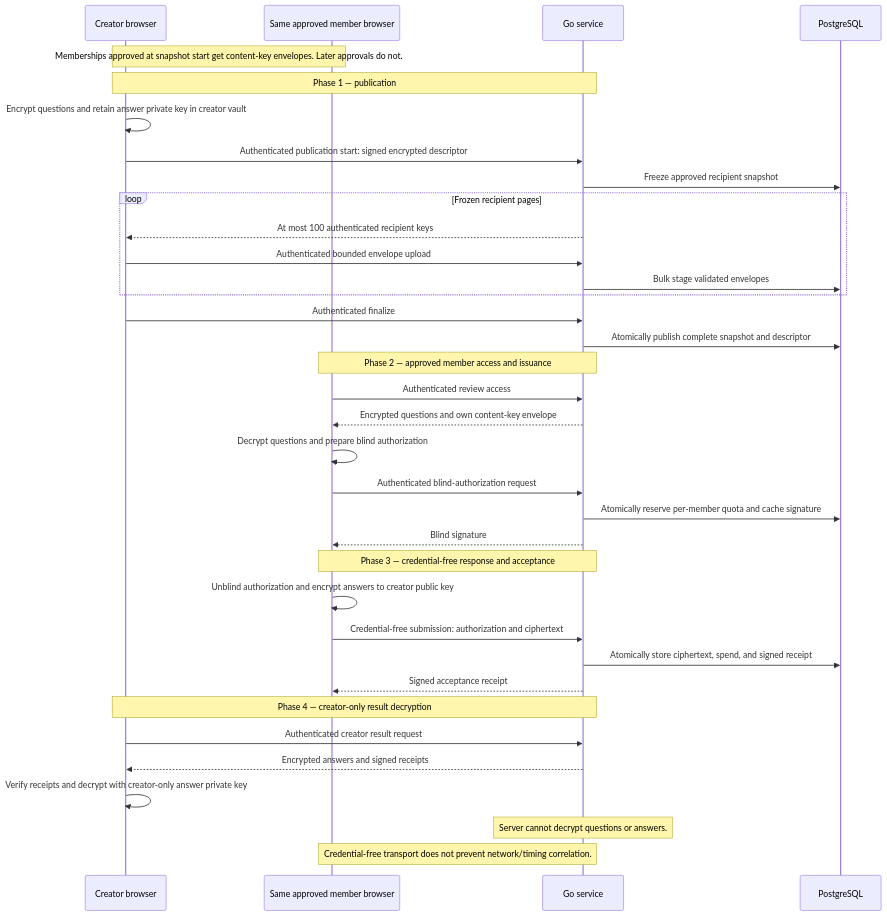
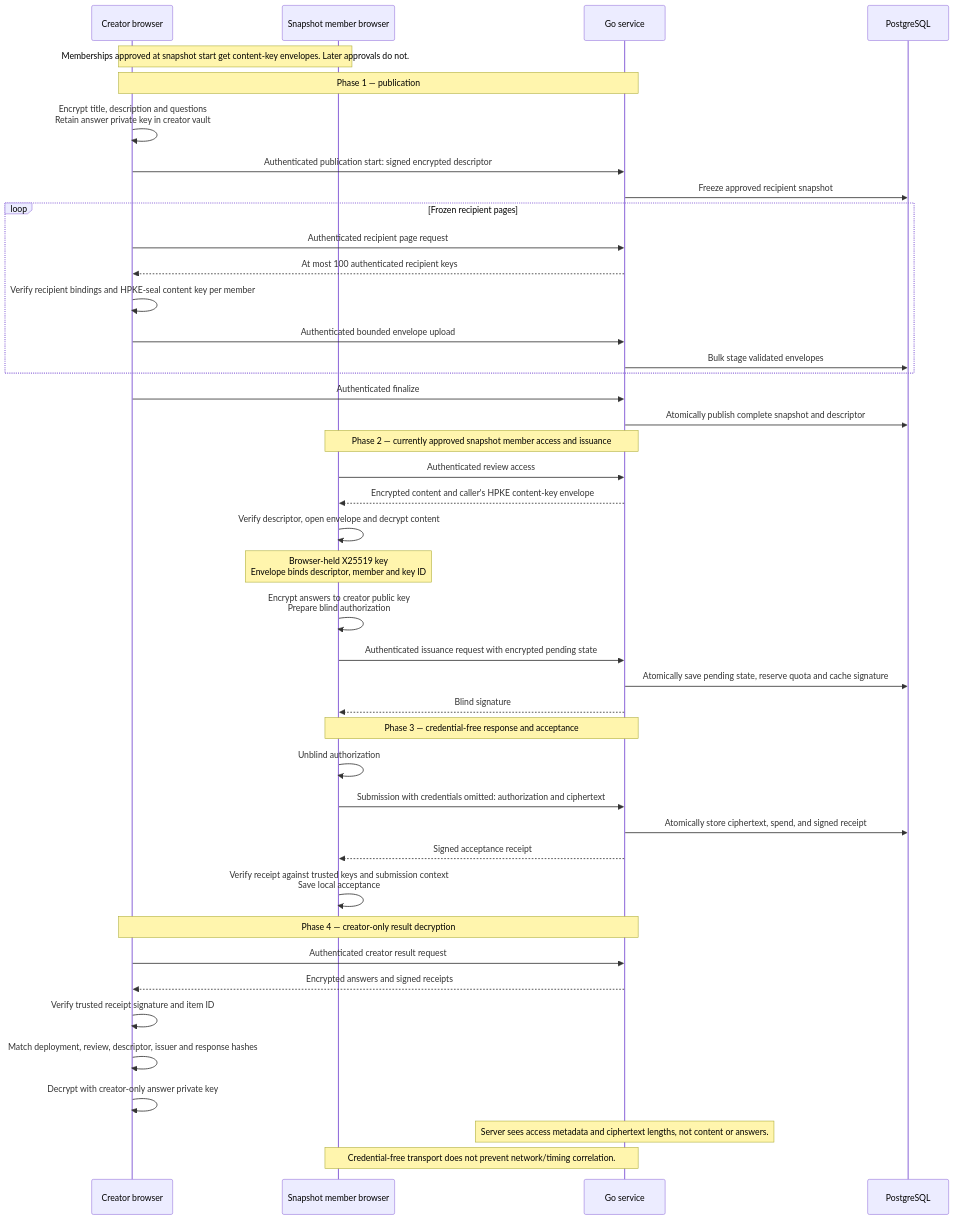
One commit to mandipnotroot/anonce-platform changed the diagram in docs/architecture.md. Above: the diagram before and after it, drawn with Mermaid. The commit also changed other lines of this file and 6 other files, not shown here.

Commit message:
docs: remove stale guidance and update architecture diagrams

````diff
--- a/docs/architecture.md
+++ b/docs/architecture.md
@@ -17,39 +17,46 @@
 ```mermaid
 sequenceDiagram
 accTitle: Review publication and response flow
-accDescr: Creator publishes encrypted questions and member key envelopes. An approved member uses one browser for content access, authenticated blind issuance, and credential-free encrypted submission. Only creator decrypts answers.
+accDescr: Creator publishes encrypted review content and member HPKE key envelopes. A snapshot member verifies and decrypts content, encrypts answers, obtains a blind authorization through authenticated issuance, then submits without credentials. Browsers verify context-bound receipts before recording acceptance or decrypting results.
     participant C as Creator browser
-    participant M as Same approved member browser
+    participant M as Snapshot member browser
     participant S as Go service
     participant D as PostgreSQL
     Note over C,M: Memberships approved at snapshot start get content-key envelopes. Later approvals do not.
     Note over C,S: Phase 1 — publication
-        C->>C: Encrypt questions and retain answer private key in creator vault
+        C->>C: Encrypt title, description and questions<br/>Retain answer private key in creator vault
         C->>S: Authenticated publication start: signed encrypted descriptor
         S->>D: Freeze approved recipient snapshot
         loop Frozen recipient pages
+            C->>S: Authenticated recipient page request
             S-->>C: At most 100 authenticated recipient keys
+            C->>C: Verify recipient bindings and HPKE-seal content key per member
             C->>S: Authenticated bounded envelope upload
             S->>D: Bulk stage validated envelopes
         end
         C->>S: Authenticated finalize
         S->>D: Atomically publish complete snapshot and descriptor
-    Note over M,S: Phase 2 — approved member access and issuance
+    Note over M,S: Phase 2 — currently approved snapshot member access and issuance
         M->>S: Authenticated review access
-        S-->>M: Encrypted questions and own content-key envelope
-        M->>M: Decrypt questions and prepare blind authorization
-        M->>S: Authenticated blind-authorization request
-        S->>D: Atomically reserve per-member quota and cache signature
+        S-->>M: Encrypted content and caller's HPKE content-key envelope
+        M->>M: Verify descriptor, open envelope and decrypt content
+        Note over M: Browser-held X25519 key<br/>Envelope binds descriptor, member and key ID
+        M->>M: Encrypt answers to creator public key<br/>Prepare blind authorization
+        M->>S: Authenticated issuance request with encrypted pending state
+        S->>D: Atomically save pending state, reserve quota and cache signature
         S-->>M: Blind signature
     Note over M,S: Phase 3 — credential-free response and acceptance
-        M->>M: Unblind authorization and encrypt answers to creator public key
-        M->>S: Credential-free submission: authorization and ciphertext
+        M->>M: Unblind authorization
+        M->>S: Submission with credentials omitted: authorization and ciphertext
         S->>D: Atomically store ciphertext, spend, and signed receipt
         S-->>M: Signed acceptance receipt
+        M->>M: Verify receipt against trusted keys and submission context<br/>Save local acceptance
     Note over C,S: Phase 4 — creator-only result decryption
         C->>S: Authenticated creator result request
         S-->>C: Encrypted answers and signed receipts
-        C->>C: Verify receipts and decrypt with creator-only answer private key
-    Note over S: Server cannot decrypt questions or answers.
+        C->>C: Verify trusted receipt signature and item ID
+        C->>C: Match deployment, review, descriptor, issuer and response hashes
+        C->>C: Decrypt with creator-only answer private key
+    Note over S: Server sees access metadata and ciphertext lengths, not content or answers.
     Note over M,S: Credential-free transport does not prevent network/timing correlation.
 ```
````
